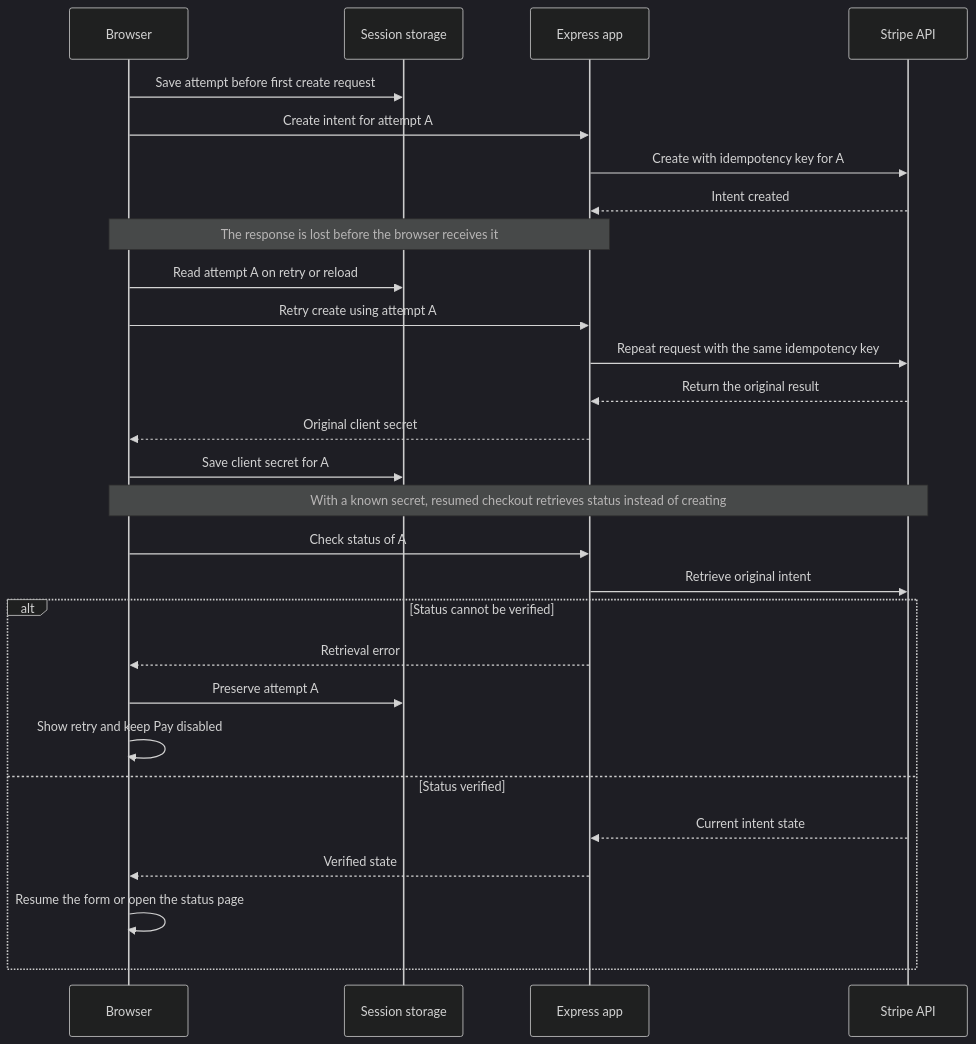
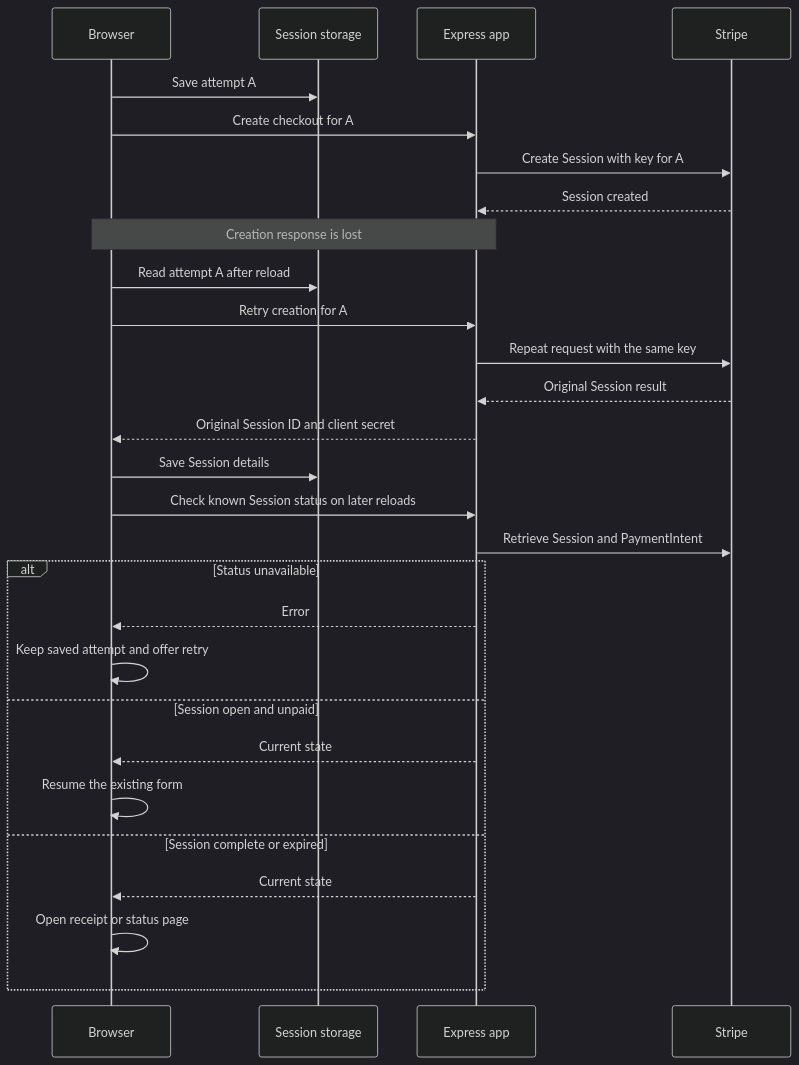
Before and after one commit to rifahmirzaa/sa-takehome-project-node: the third of 4 diagrams in docs/design.md, drawn with Mermaid (dark theme). The commit also changed other lines of this file and 2 other files, not shown here.

Commit message:
update setup and diagrams for Checkout Sessions

````diff
--- a/docs/design.md
+++ b/docs/design.md
@@ -95,30 +85,30 @@
 ```mermaid
 sequenceDiagram
     participant Browser
     participant Storage as Session storage
     participant App as Express app
-    participant Stripe as Stripe API
-    Browser->>Storage: Save attempt before first create request
-    Browser->>App: Create intent for attempt A
-    App->>Stripe: Create with idempotency key for A
-    Stripe-->>App: Intent created
-    Note over Browser,App: The response is lost before the browser receives it
-    Browser->>Storage: Read attempt A on retry or reload
-    Browser->>App: Retry create using attempt A
-    App->>Stripe: Repeat request with the same idempotency key
-    Stripe-->>App: Return the original result
-    App-->>Browser: Original client secret
-    Browser->>Storage: Save client secret for A
-    Note over Browser,Stripe: With a known secret, resumed checkout retrieves status instead of creating
-    Browser->>App: Check status of A
-    App->>Stripe: Retrieve original intent
-    alt Status cannot be verified
-        App-->>Browser: Retrieval error
-        Browser->>Storage: Preserve attempt A
-        Browser->>Browser: Show retry and keep Pay disabled
-    else Status verified
-        Stripe-->>App: Current intent state
-        App-->>Browser: Verified state
-        Browser->>Browser: Resume the form or open the status page
+    participant Stripe
+    Browser->>Storage: Save attempt A
+    Browser->>App: Create checkout for A
+    App->>Stripe: Create Session with key for A
+    Stripe-->>App: Session created
+    Note over Browser,App: Creation response is lost
+    Browser->>Storage: Read attempt A after reload
+    Browser->>App: Retry creation for A
+    App->>Stripe: Repeat request with the same key
+    Stripe-->>App: Original Session result
+    App-->>Browser: Original Session ID and client secret
+    Browser->>Storage: Save Session details
+    Browser->>App: Check known Session status on later reloads
+    App->>Stripe: Retrieve Session and PaymentIntent
+    alt Status unavailable
+        App-->>Browser: Error
+        Browser->>Browser: Keep saved attempt and offer retry
+    else Session open and unpaid
+        App-->>Browser: Current state
+        Browser->>Browser: Resume the existing form
+    else Session complete or expired
+        App-->>Browser: Current state
+        Browser->>Browser: Open receipt or status page
     end
 ```
````
